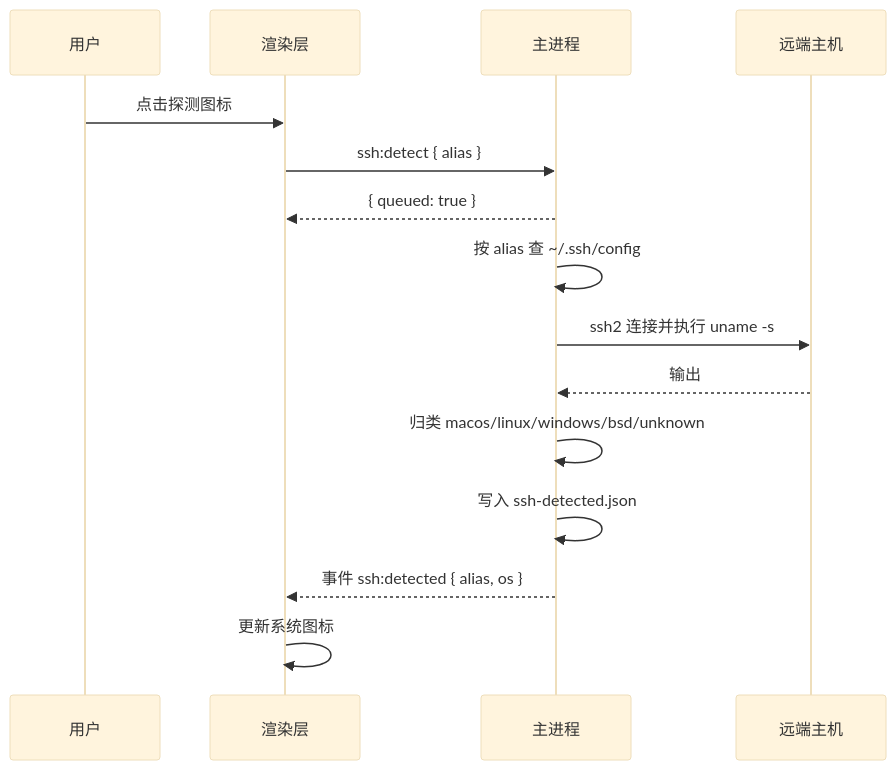
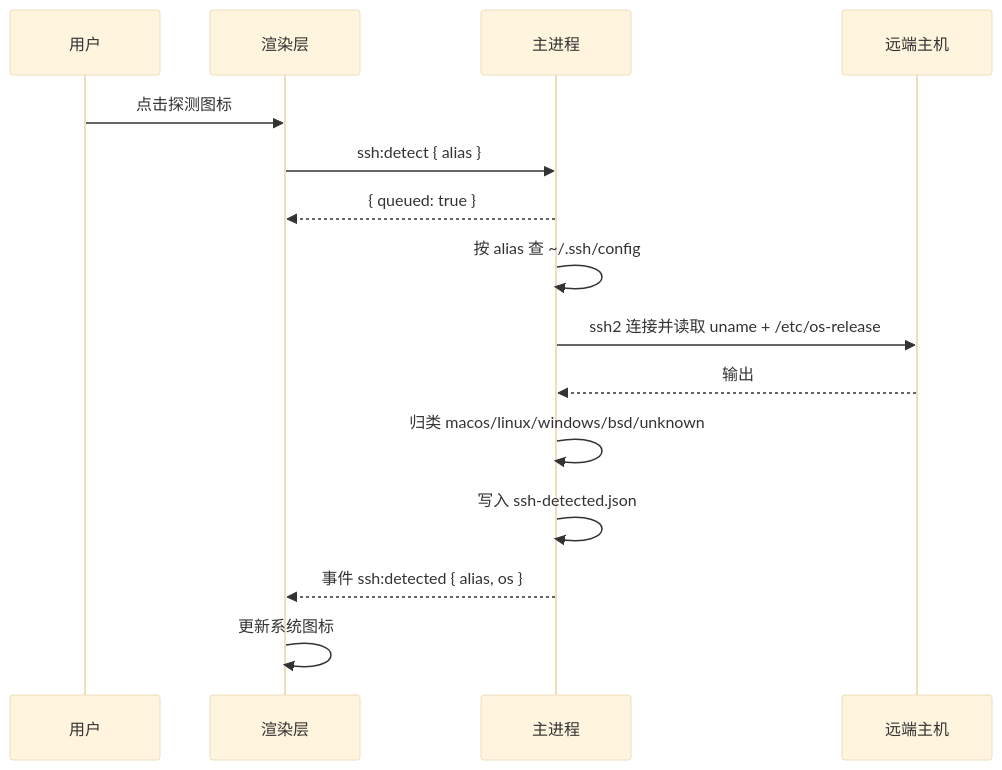
The third of 4 diagrams in docs/PRD.md (o8x/ships), drawn with Mermaid (base theme) before and after one commit. The commit also changed other lines of this file, not shown here.

````diff
--- a/docs/PRD.md
+++ b/docs/PRD.md
@@ -271,17 +271,17 @@
 ```mermaid
 sequenceDiagram
   participant U as 用户
   participant R as 渲染层
   participant M as 主进程
   participant H as 远端主机
   U->>R: 点击探测图标
   R->>M: ssh:detect { alias }
   M-->>R: { queued: true }
   M->>M: 按 alias 查 ~/.ssh/config
-  M->>H: ssh2 连接并执行 uname -s
+  M->>H: ssh2 连接并读取 uname + /etc/os-release
   H-->>M: 输出
   M->>M: 归类 macos/linux/windows/bsd/unknown
   M->>M: 写入 ssh-detected.json
   M-->>R: 事件 ssh:detected { alias, os }
   R->>R: 更新系统图标
 ```
````
